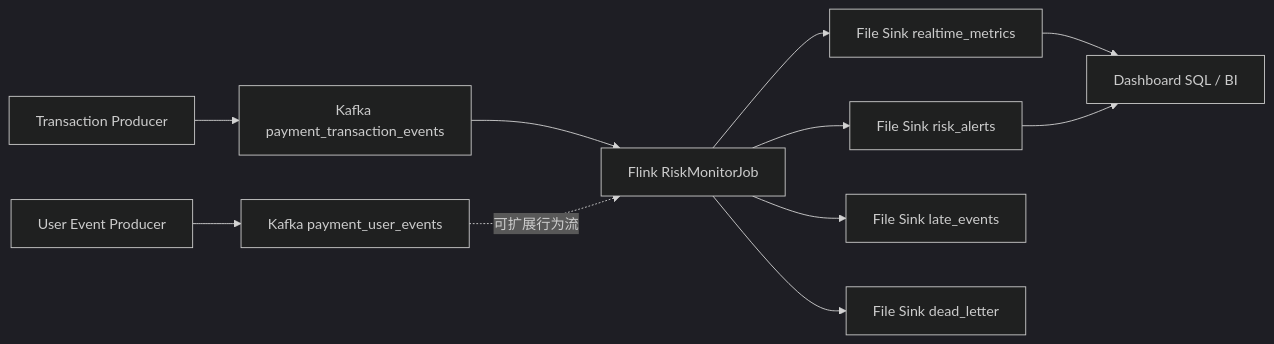
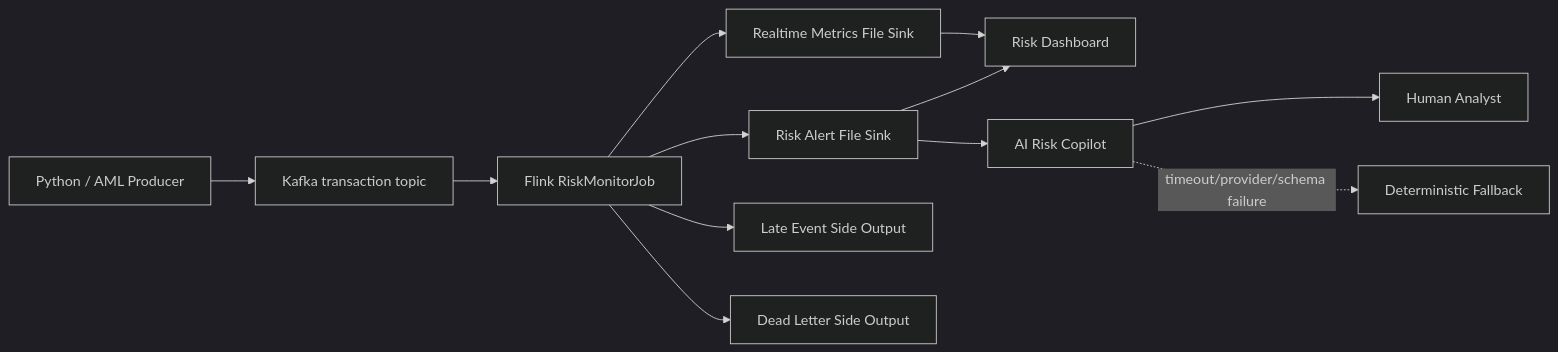
The diagram in docs/ARCHITECTURE.md (plutoczm/finguard-realtime-risk-monitor), drawn with Mermaid (dark theme) before and after one commit. The commit also changed other lines of this file, not shown here.

Commit message:
docs: rewrite architecture around the actual runtime and AI boundary

````diff
--- a/docs/ARCHITECTURE.md
+++ b/docs/ARCHITECTURE.md
@@ -9,13 +13,14 @@
 ```mermaid
 flowchart LR
-    A[Transaction Producer] --> B[Kafka payment_transaction_events]
-    U[User Event Producer] --> C[Kafka payment_user_events]
-    B --> D[Flink RiskMonitorJob]
-    C -. 可扩展行为流 .-> D
-    D --> E[File Sink realtime_metrics]
-    D --> F[File Sink risk_alerts]
-    D --> G[File Sink late_events]
-    D --> H[File Sink dead_letter]
-    E --> I[Dashboard SQL / BI]
-    F --> I
+    P[Python / AML Producer] --> K[Kafka transaction topic]
+    K --> F[Flink RiskMonitorJob]
+    F --> M[Realtime Metrics File Sink]
+    F --> A[Risk Alert File Sink]
+    F --> L[Late Event Side Output]
+    F --> D[Dead Letter Side Output]
+    M --> UI[Risk Dashboard]
+    A --> UI
+    A --> AI[AI Risk Copilot]
+    AI --> H[Human Analyst]
+    AI -. timeout/provider/schema failure .-> FB[Deterministic Fallback]
 ```
````
